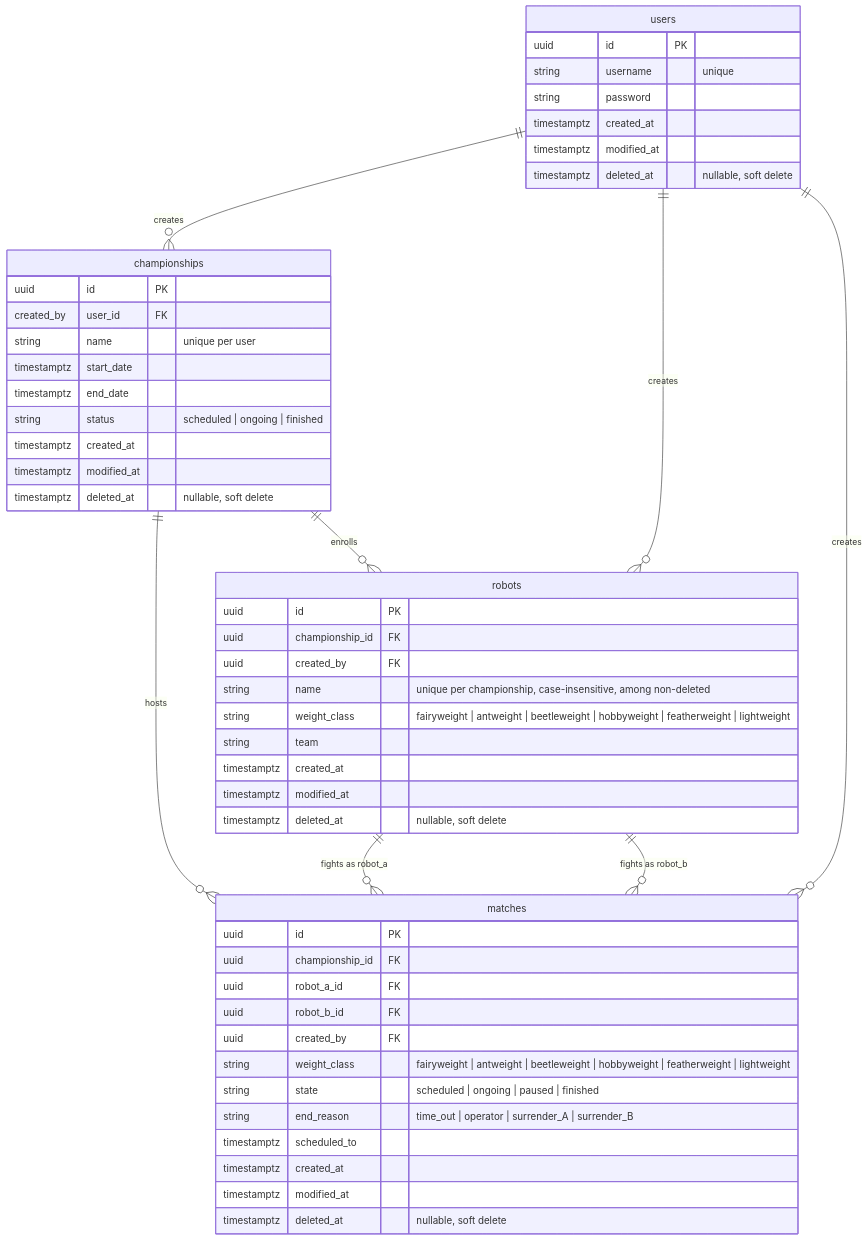
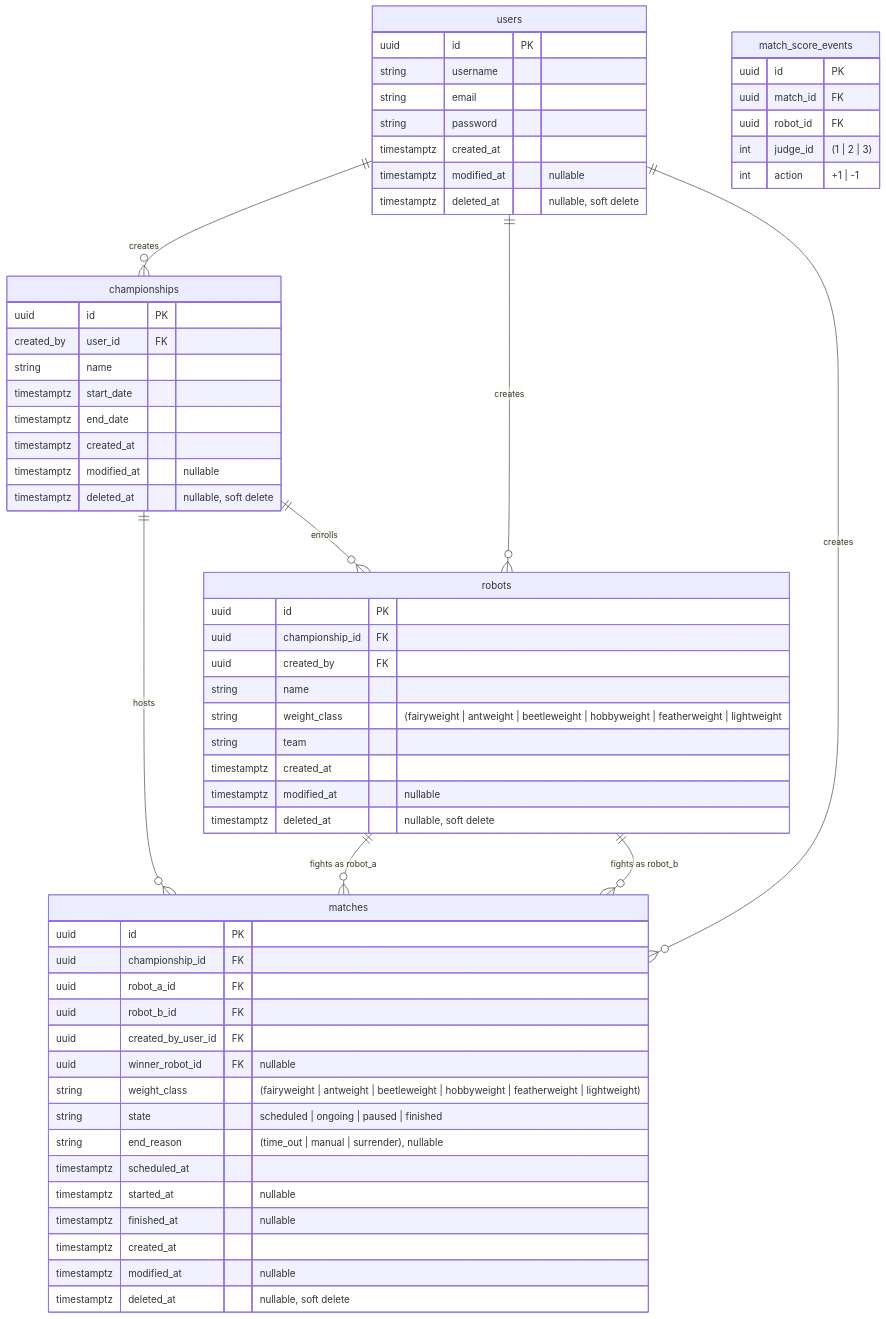
The diagram in docs/database-model.md (UTFPR-Oficinas-2/crossliseu), drawn with Mermaid before and after one commit. The commit also changed other lines of this file, not shown here.

````diff
--- a/docs/database-model.md
+++ b/docs/database-model.md
@@ -1,61 +11,71 @@
 ```mermaid
 ---
 config:
   theme: default
   look: classic
   layout: dagre
 ---
 erDiagram
   championships ||--o{ robots : "enrolls"
   championships ||--o{ matches : "hosts"
   robots ||--o{ matches : "fights as robot_a"
   robots ||--o{ matches : "fights as robot_b"
   users ||--o{ championships : creates
   users ||--o{ matches : creates
   users ||--o{ robots : creates
 
   users {
     uuid id PK
-    string username "unique"
+    string username
+    string email
     string password
     timestamptz created_at
-    timestamptz modified_at
+    timestamptz modified_at "nullable"
     timestamptz deleted_at "nullable, soft delete"
   }
   championships {
     uuid id PK
     created_by user_id FK
-    string name "unique per user"
+    string name
     timestamptz start_date
     timestamptz end_date
-    string status "scheduled | ongoing | finished"
     timestamptz created_at
-    timestamptz modified_at
+    timestamptz modified_at "nullable"
     timestamptz deleted_at "nullable, soft delete"
   }
   robots {
     uuid id PK
     uuid championship_id FK
     uuid created_by FK
-    string name "unique per championship, case-insensitive, among non-deleted"
-    string weight_class "fairyweight | antweight | beetleweight | hobbyweight | featherweight | lightweight"
+    string name
+    string weight_class "(fairyweight | antweight | beetleweight | hobbyweight | featherweight | lightweight"
     string team
     timestamptz created_at
-    timestamptz modified_at
+    timestamptz modified_at "nullable"
     timestamptz deleted_at "nullable, soft delete"
   }
   matches {
     uuid id PK
     uuid championship_id FK
     uuid robot_a_id FK
     uuid robot_b_id FK
-    uuid created_by FK
-    string weight_class "fairyweight | antweight | beetleweight | hobbyweight | featherweight | lightweight"
+    uuid created_by_user_id FK
+    uuid winner_robot_id FK "nullable"
+    string weight_class "(fairyweight | antweight | beetleweight | hobbyweight | featherweight | lightweight)"
     string state "scheduled | ongoing | paused | finished"
-    string end_reason "time_out | operator | surrender_A | surrender_B"
-    timestamptz scheduled_to
+    string end_reason "(time_out | manual | surrender), nullable"
+    timestamptz scheduled_at
+    timestamptz started_at "nullable"
+    timestamptz finished_at "nullable"
     timestamptz created_at
-    timestamptz modified_at
+    timestamptz modified_at "nullable"
     timestamptz deleted_at "nullable, soft delete"
   }
+  match_score_events {
+    uuid id "PK"
+    uuid match_id "FK"
+    uuid robot_id "FK"
+    int judge_id "(1 | 2 | 3)"
+    int action "+1 | -1"
+  }
 ```
````
